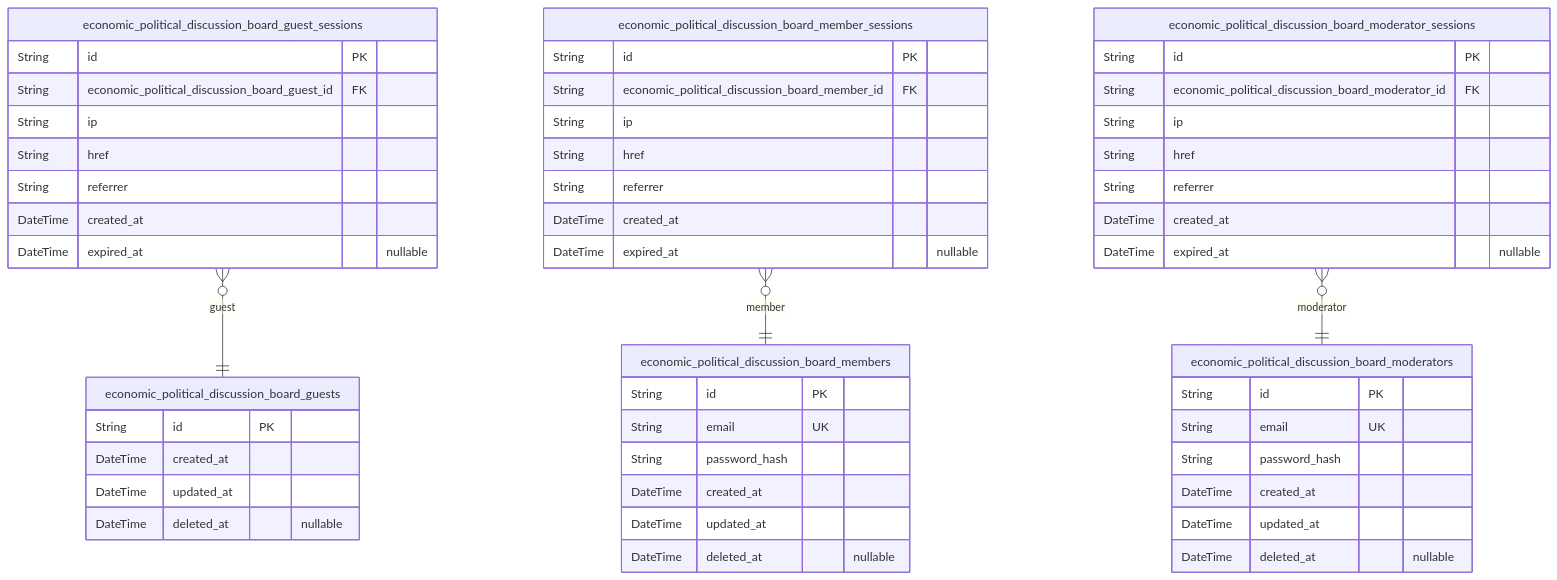
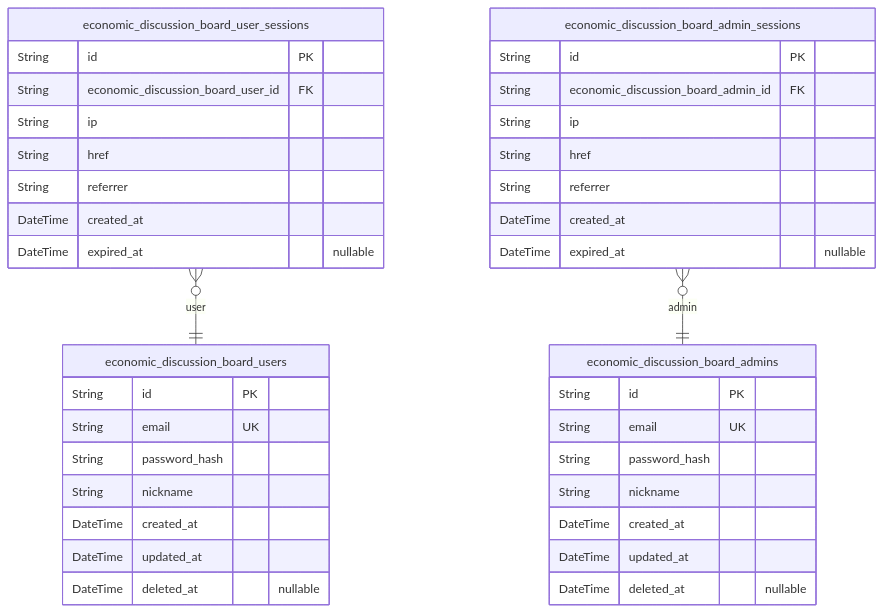
One commit to wrtnlabs/autobe-examples changed the second of 5 diagrams in mistralai/codestral-2508/bbs/docs/ERD.md. Above: the diagram before and after it, drawn with Mermaid. The commit also changed other lines of this file and 3569 other files, not shown here.

````diff
--- a/mistralai/codestral-2508/bbs/docs/ERD.md
+++ b/mistralai/codestral-2508/bbs/docs/ERD.md
@@ -89,55 +87,41 @@
 ```mermaid
 erDiagram
-"economic_political_discussion_board_guests" {
+"economic_discussion_board_users" {
   String id PK
+  String email UK
+  String password_hash
+  String nickname
   DateTime created_at
   DateTime updated_at
   DateTime deleted_at "nullable"
 }
-"economic_political_discussion_board_guest_sessions" {
+"economic_discussion_board_user_sessions" {
   String id PK
-  String economic_political_discussion_board_guest_id FK
+  String economic_discussion_board_user_id FK
   String ip
   String href
   String referrer
   DateTime created_at
   DateTime expired_at "nullable"
 }
-"economic_political_discussion_board_members" {
+"economic_discussion_board_admins" {
   String id PK
   String email UK
   String password_hash
+  String nickname
   DateTime created_at
   DateTime updated_at
   DateTime deleted_at "nullable"
 }
-"economic_political_discussion_board_member_sessions" {
+"economic_discussion_board_admin_sessions" {
   String id PK
-  String economic_political_discussion_board_member_id FK
+  String economic_discussion_board_admin_id FK
   String ip
   String href
   String referrer
   DateTime created_at
   DateTime expired_at "nullable"
 }
-"economic_political_discussion_board_moderators" {
-  String id PK
-  String email UK
-  String password_hash
-  DateTime created_at
-  DateTime updated_at
-  DateTime deleted_at "nullable"
-}
-"economic_political_discussion_board_moderator_sessions" {
-  String id PK
-  String economic_political_discussion_board_moderator_id FK
-  String ip
-  String href
-  String referrer
-  DateTime created_at
-  DateTime expired_at "nullable"
-}
-"economic_political_discussion_board_guest_sessions" }o--|| "economic_political_discussion_board_guests" : guest
-"economic_political_discussion_board_member_sessions" }o--|| "economic_political_discussion_board_members" : member
-"economic_political_discussion_board_moderator_sessions" }o--|| "economic_political_discussion_board_moderators" : moderator
+"economic_discussion_board_user_sessions" }o--|| "economic_discussion_board_users" : user
+"economic_discussion_board_admin_sessions" }o--|| "economic_discussion_board_admins" : admin
 ```
````
